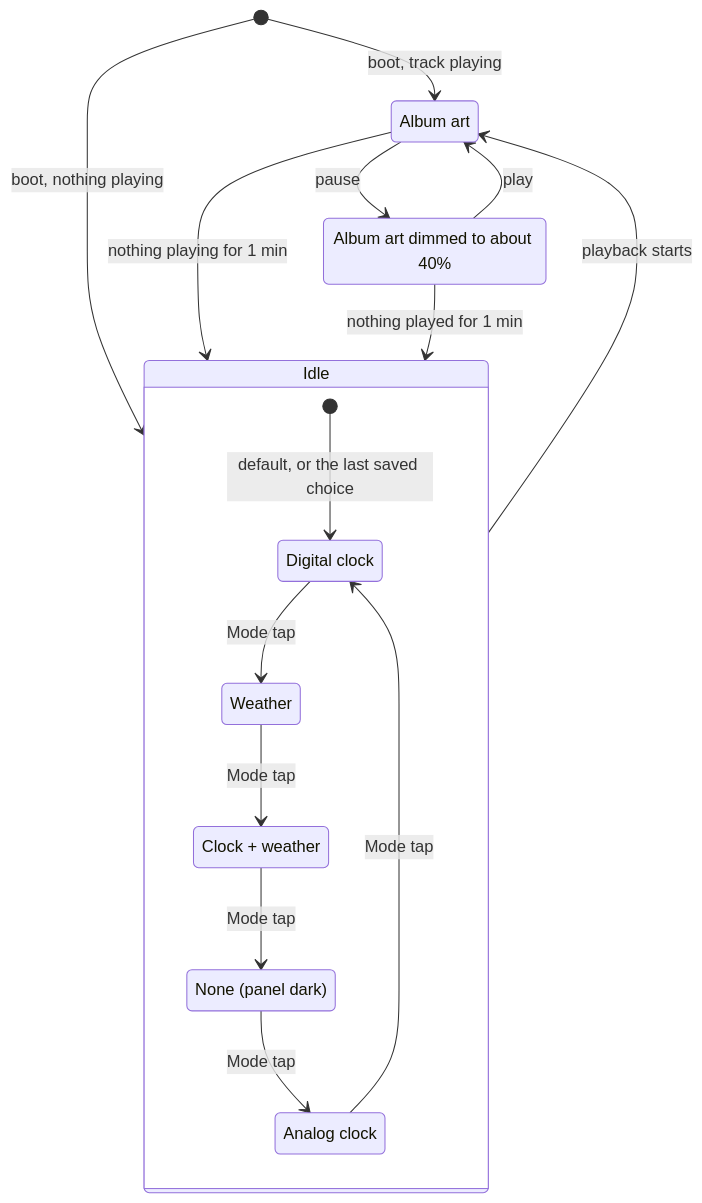
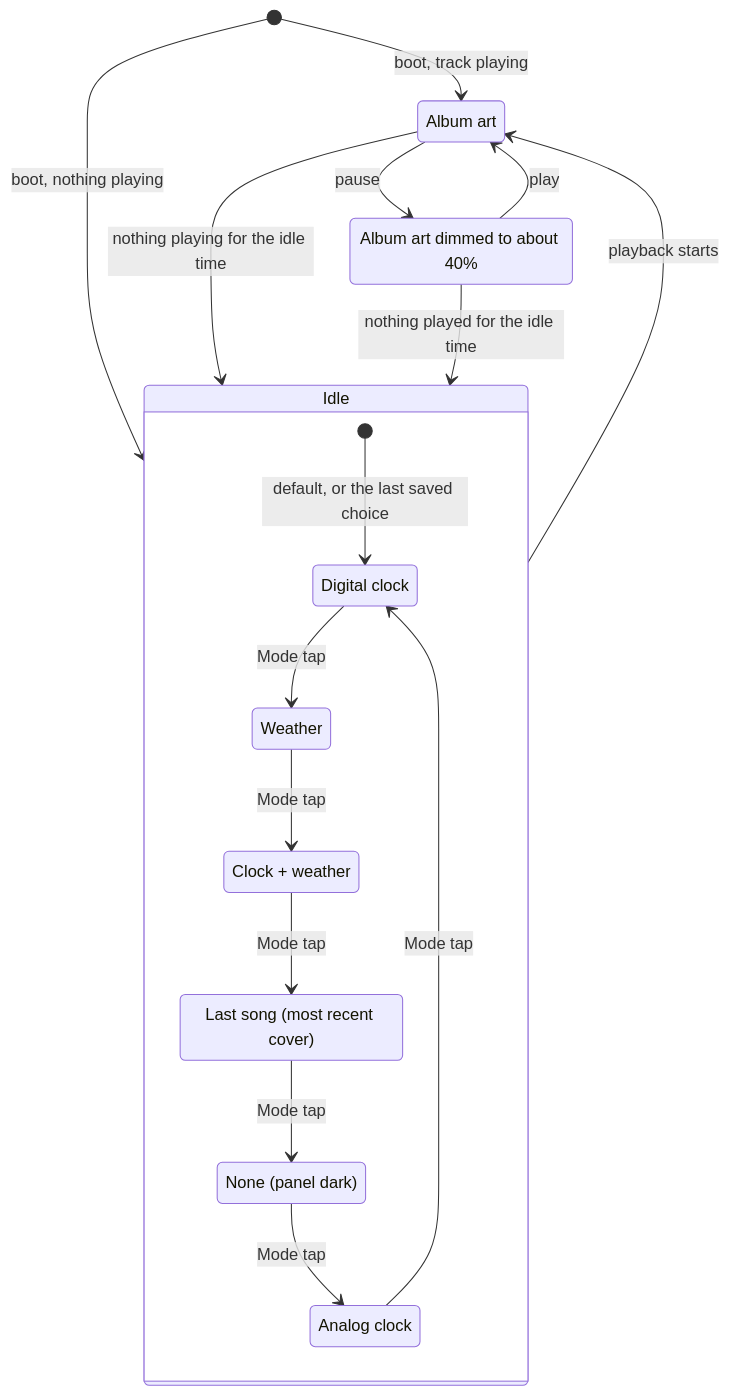
Before and after one commit to mathewpwheatley/on-air: the first of 5 diagrams in docs/requirements.md, drawn with Mermaid. The commit also changed other lines of this file and 20 other files, not shown here.

First line of the commit message:
Add last-song idle screen, idle-time setting and faster skips

````diff
--- a/docs/requirements.md
+++ b/docs/requirements.md
@@ -57,26 +57,28 @@
 ```mermaid
 stateDiagram-v2
     [*] --> Idle: boot, nothing playing
     [*] --> Playing: boot, track playing
     Playing: Album art
     Paused: Album art dimmed to about 40%
     Playing --> Paused: pause
     Paused --> Playing: play
-    Playing --> Idle: nothing playing for 1 min
-    Paused --> Idle: nothing played for 1 min
+    Playing --> Idle: nothing playing for the idle time
+    Paused --> Idle: nothing played for the idle time
     Idle --> Playing: playback starts
 
     state Idle {
         [*] --> Digital: default, or the last saved choice
         Digital: Digital clock
         Analog: Analog clock
         Weather: Weather
         ClockWeather: Clock + weather
+        LastSong: Last song (most recent cover)
         Off: None (panel dark)
         Analog --> Digital: Mode tap
         Digital --> Weather: Mode tap
         Weather --> ClockWeather: Mode tap
-        ClockWeather --> Off: Mode tap
+        ClockWeather --> LastSong: Mode tap
+        LastSong --> Off: Mode tap
         Off --> Analog: Mode tap
     }
 ```
````
